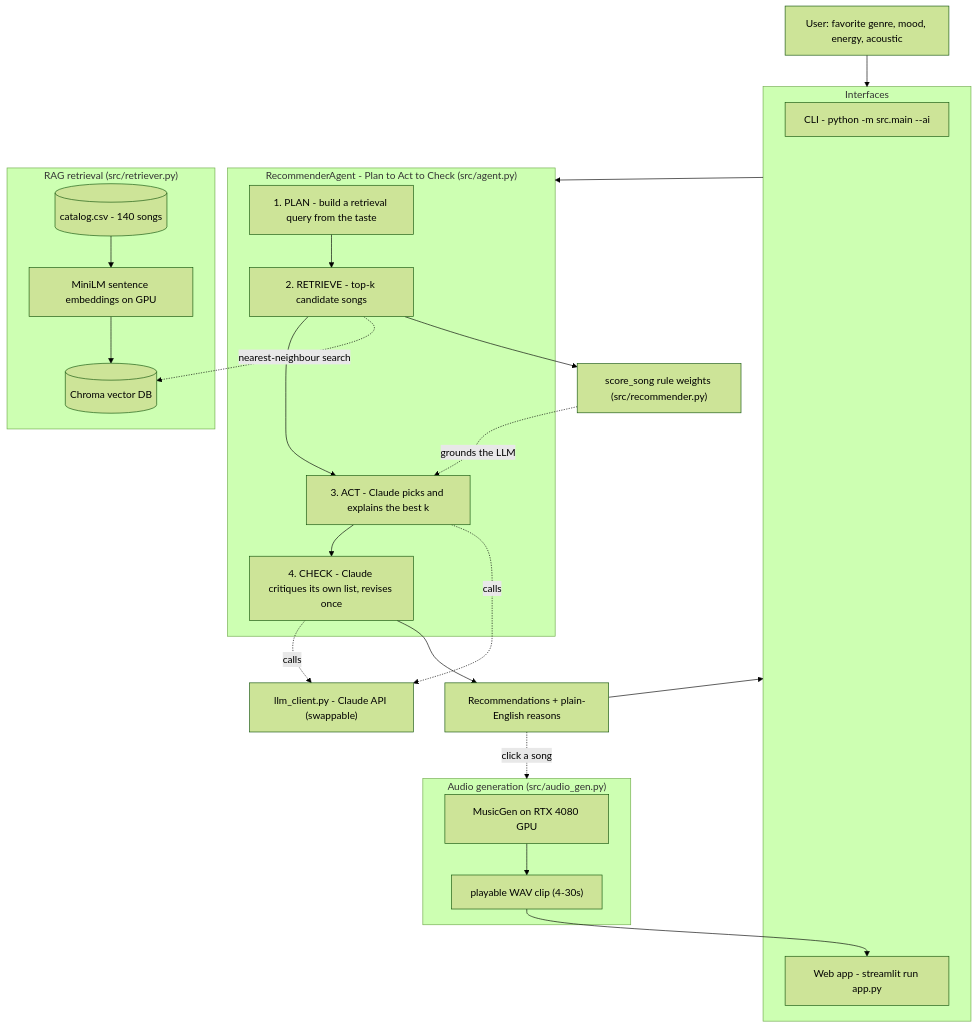
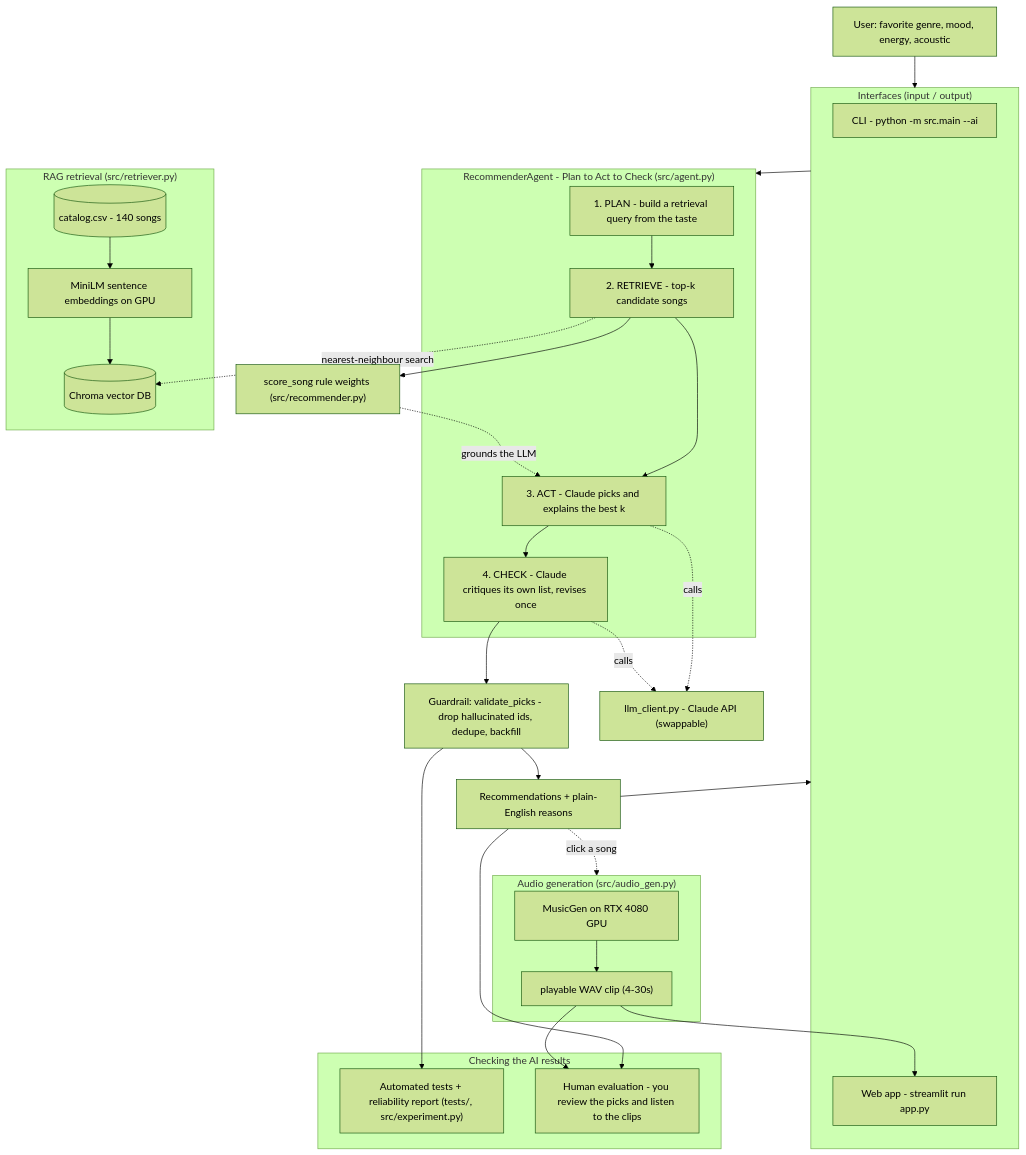
Before and after one commit to AdhamAlshaif/ai110-module3show-musicrecommendersimulation-starter: the diagram in diagrams/architecture.mmd, drawn with Mermaid (forest theme). The commit also changed 3 other files, not shown here.

First line of the commit message:
Rubric polish: assets/ + diagram checkpoints + README sections + reflection

```diff
--- a/diagrams/architecture.mmd
+++ b/diagrams/architecture.mmd
@@ -1,47 +1,56 @@
 %% VibeCheck architecture — RAG + agentic recommender + local audio generation.
 %% Render at https://mermaid.live or with the Mermaid VS Code extension.
 flowchart TD
     U["User: favorite genre, mood, energy, acoustic"]
     U --> IFACE
 
-    subgraph IFACE["Interfaces"]
+    subgraph IFACE["Interfaces (input / output)"]
         CLI["CLI - python -m src.main --ai"]
         WEB["Web app - streamlit run app.py"]
     end
 
     IFACE --> AG
 
     subgraph AG["RecommenderAgent - Plan to Act to Check (src/agent.py)"]
         P["1. PLAN - build a retrieval query from the taste"]
         R["2. RETRIEVE - top-k candidate songs"]
         A["3. ACT - Claude picks and explains the best k"]
         C["4. CHECK - Claude critiques its own list, revises once"]
         P --> R --> A --> C
     end
 
     subgraph RAG["RAG retrieval (src/retriever.py)"]
         CSV[("catalog.csv - 140 songs")]
         EMB["MiniLM sentence embeddings on GPU"]
         DB[("Chroma vector DB")]
         CSV --> EMB --> DB
     end
     R -. nearest-neighbour search .-> DB
 
     SC["score_song rule weights (src/recommender.py)"]
     R --> SC
     SC -. grounds the LLM .-> A
 
     LLM["llm_client.py - Claude API (swappable)"]
     A -. calls .-> LLM
     C -. calls .-> LLM
 
-    C --> RECS["Recommendations + plain-English reasons"]
+    C --> GUARD["Guardrail: validate_picks - drop hallucinated ids, dedupe, backfill"]
+    GUARD --> RECS["Recommendations + plain-English reasons"]
     RECS --> IFACE
 
     RECS -. click a song .-> AUD
     subgraph AUD["Audio generation (src/audio_gen.py)"]
         MG["MusicGen on RTX 4080 GPU"]
         WAV["playable WAV clip (4-30s)"]
         MG --> WAV
     end
     WAV --> WEB
+
+    subgraph CHECKING["Checking the AI results"]
+        TEST["Automated tests + reliability report (tests/, src/experiment.py)"]
+        HUMAN["Human evaluation - you review the picks and listen to the clips"]
+    end
+    GUARD --> TEST
+    RECS --> HUMAN
+    WAV --> HUMAN
```
